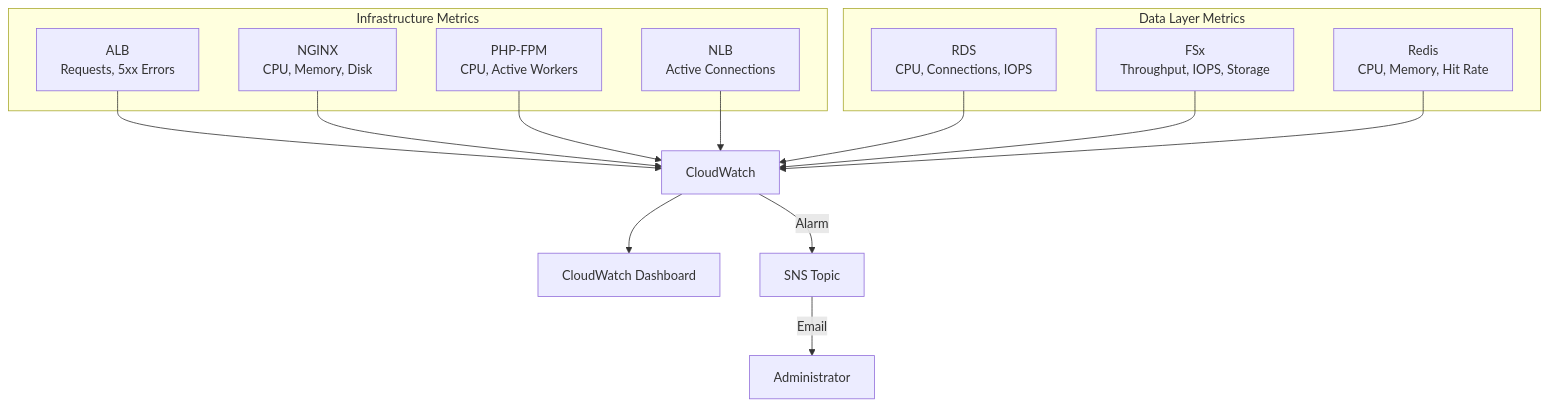
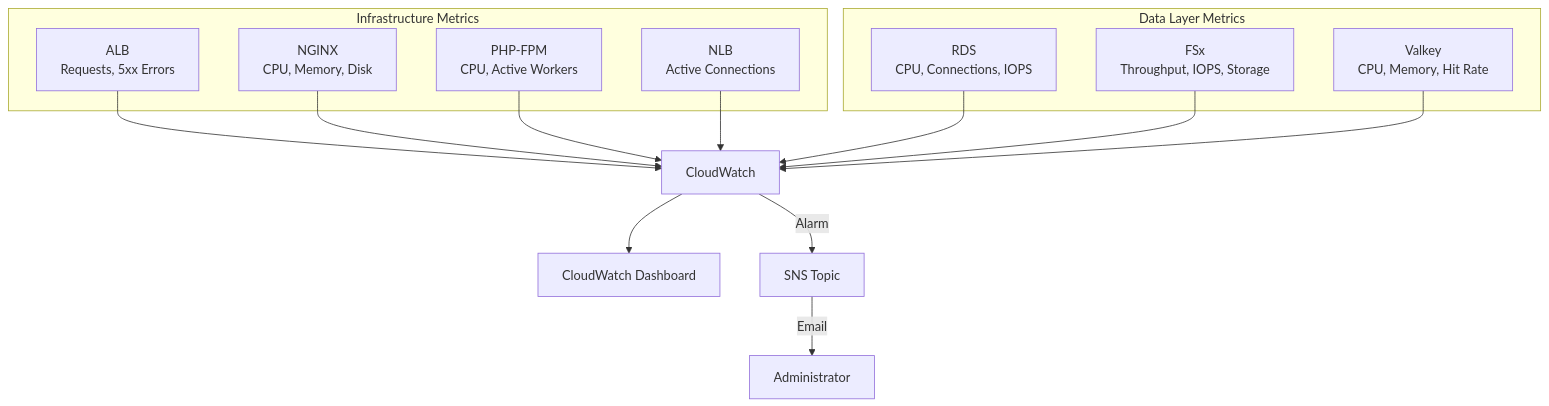
One commit to worx/cf-scalable-web changed diagram 13 of 16 in docs/ARCHITECTURE.md. Above: the diagram before and after it, drawn with Mermaid. The commit also changed other lines of this file and 13 other files, not shown here.

First line of the commit message:
docs(redis→valkey): Complete Redis-to-Valkey rename across all docs and scripts

````diff
--- a/docs/ARCHITECTURE.md
+++ b/docs/ARCHITECTURE.md
@@ -483,27 +483,27 @@
 ```mermaid
 graph TB
     subgraph "Infrastructure Metrics"
         ALB[ALB<br/>Requests, 5xx Errors]
         NGINX[NGINX<br/>CPU, Memory, Disk]
         PHP[PHP-FPM<br/>CPU, Active Workers]
         NLB[NLB<br/>Active Connections]
     end
 
     subgraph "Data Layer Metrics"
         RDS[RDS<br/>CPU, Connections, IOPS]
         FSx[FSx<br/>Throughput, IOPS, Storage]
-        Redis[Redis<br/>CPU, Memory, Hit Rate]
+        Valkey[Valkey<br/>CPU, Memory, Hit Rate]
     end
 
     ALB --> CW[CloudWatch]
     NGINX --> CW
     PHP --> CW
     NLB --> CW
     RDS --> CW
     FSx --> CW
-    Redis --> CW
+    Valkey --> CW
 
     CW --> Dashboard[CloudWatch Dashboard]
     CW -->|Alarm| SNS[SNS Topic]
     SNS -->|Email| Admin[Administrator]
 ```
````
